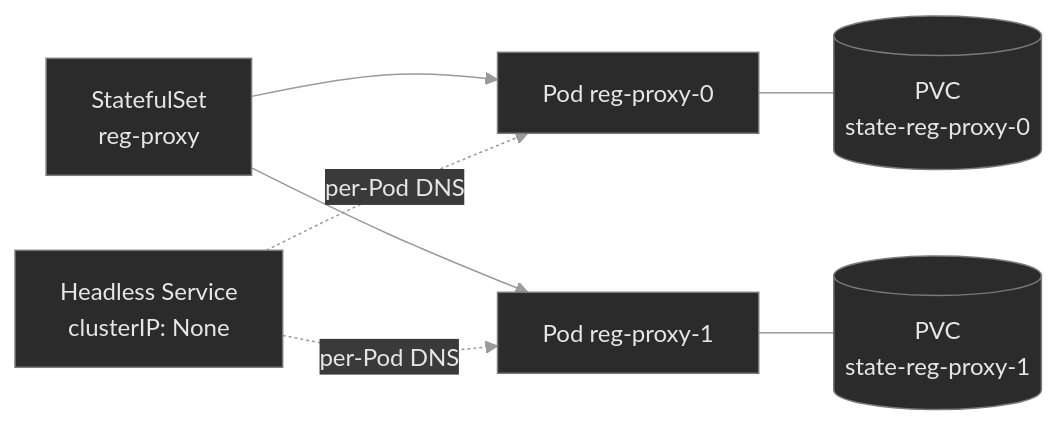
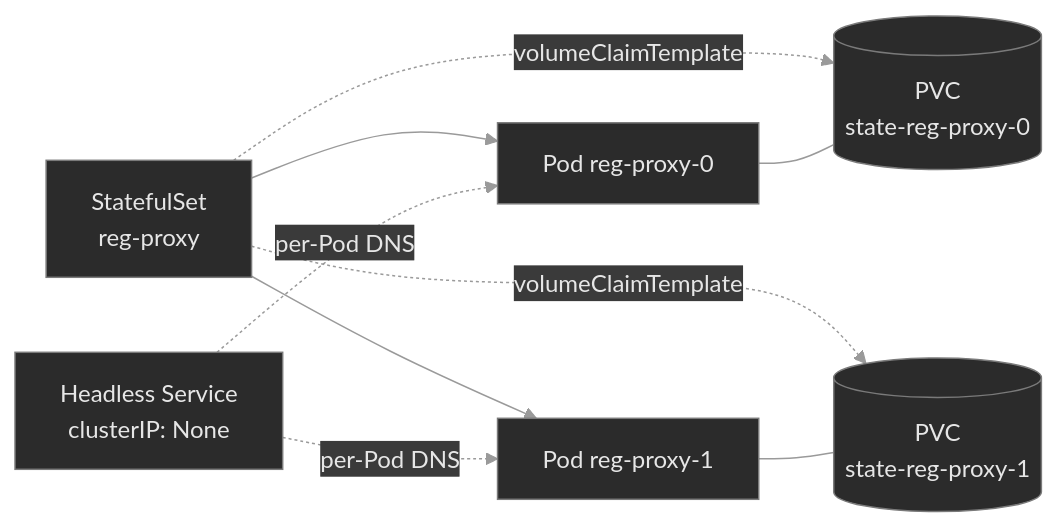
The diagram in m07-workloads-ii/LESSON.md (debozkurt/killercoda-k8s), drawn with Mermaid before and after one commit. The commit also changed other lines of this file and 46 other files, not shown here.

````diff
--- a/m07-workloads-ii/LESSON.md
+++ b/m07-workloads-ii/LESSON.md
@@ -51,15 +52,17 @@
 ```mermaid
 %%{init: {'theme':'base', 'themeVariables': {
   'primaryColor':'#2b2b2b', 'primaryTextColor':'#e6e6e6',
   'primaryBorderColor':'#7a7a7a', 'lineColor':'#9a9a9a',
   'secondaryColor':'#3a3a3a', 'tertiaryColor':'#1f1f1f',
   'background':'#0f0f0f'
 }}}%%
 flowchart LR
     SS[StatefulSet<br/>reg-proxy] --> P0[Pod reg-proxy-0]
     SS --> P1[Pod reg-proxy-1]
-    P0 --- V0[(PVC<br/>state-reg-proxy-0)]
-    P1 --- V1[(PVC<br/>state-reg-proxy-1)]
+    SS -. volumeClaimTemplate .-> V0[(PVC<br/>state-reg-proxy-0)]
+    SS -. volumeClaimTemplate .-> V1[(PVC<br/>state-reg-proxy-1)]
+    P0 --- V0
+    P1 --- V1
     HS[Headless Service<br/>clusterIP: None] -. per-Pod DNS .-> P0
     HS -. per-Pod DNS .-> P1
 ```
````
